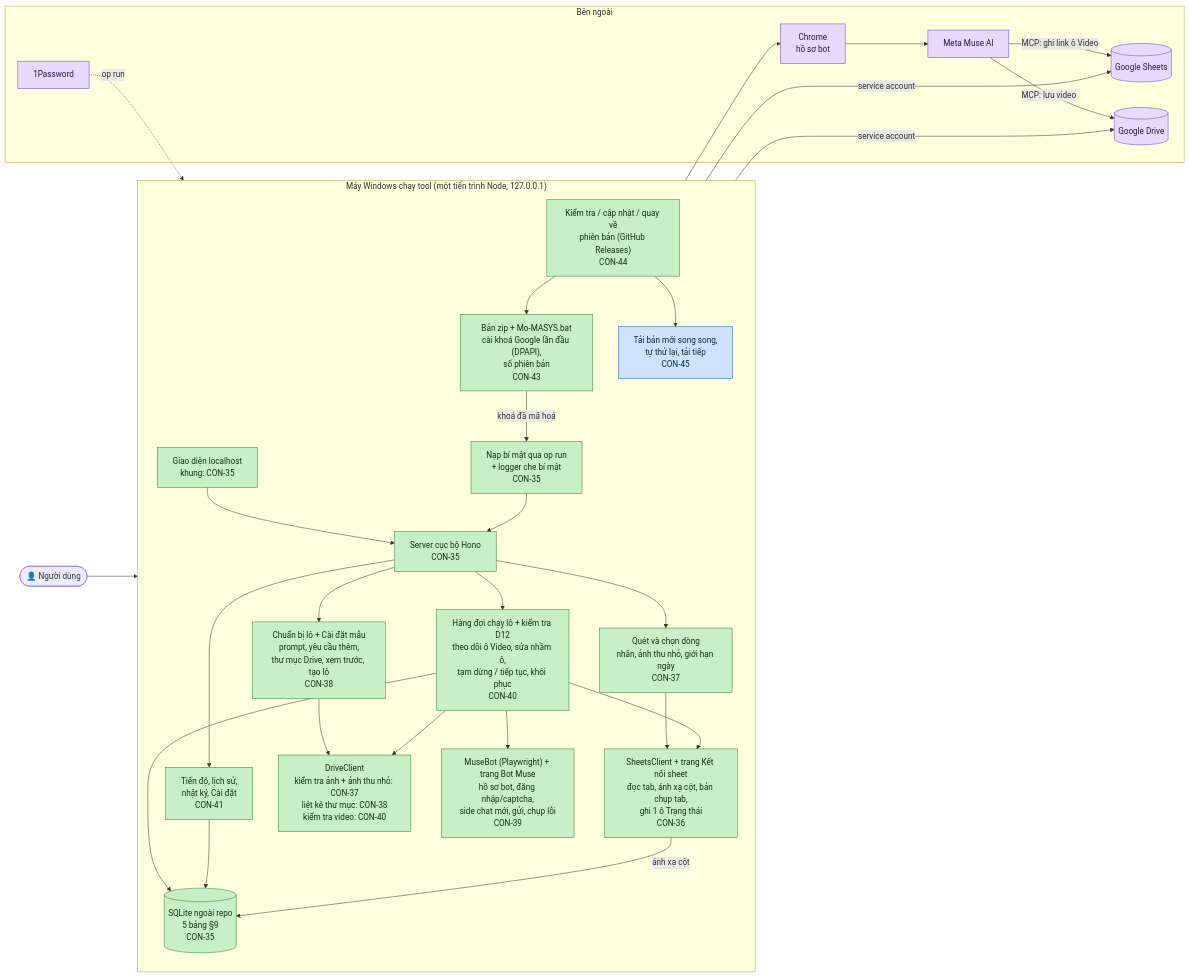
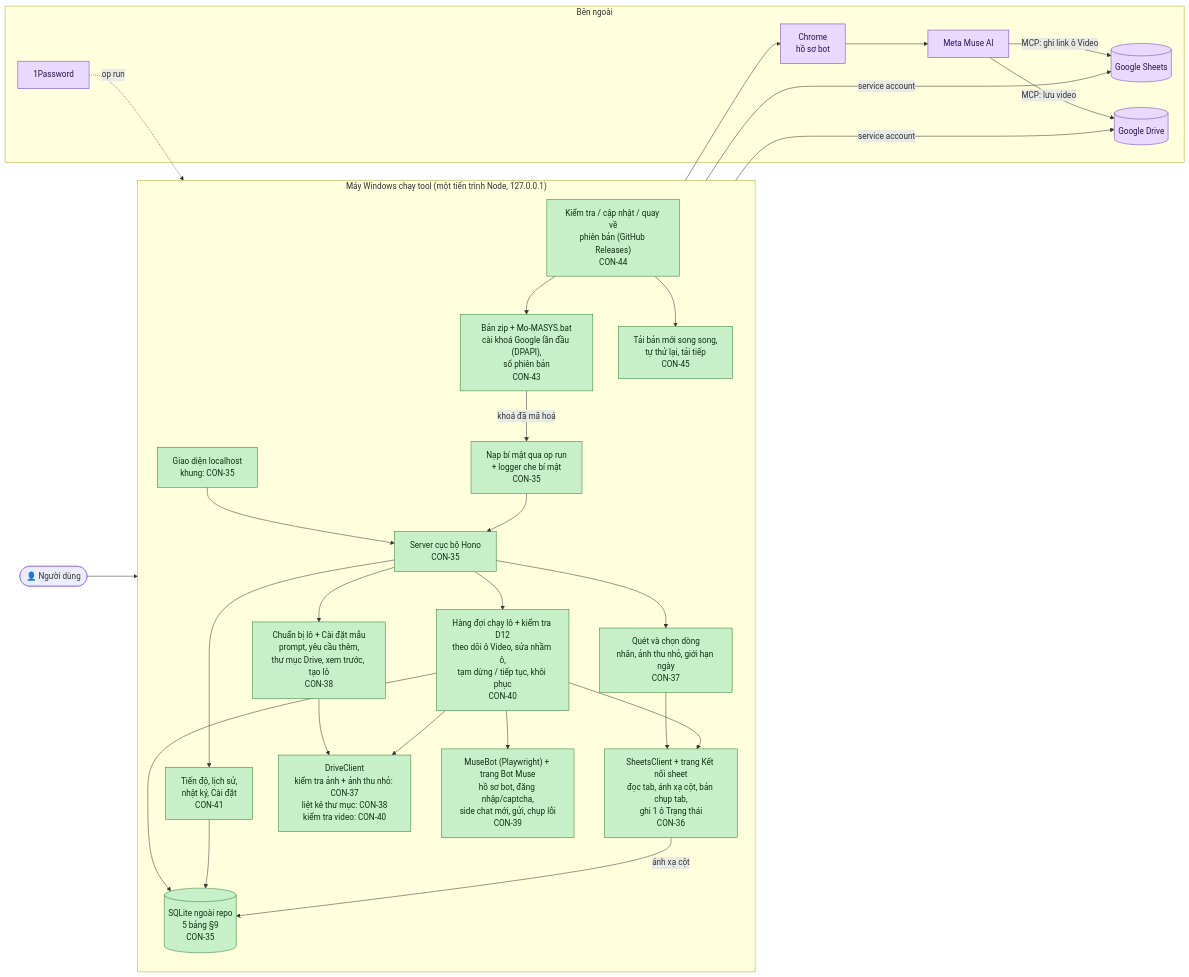
One commit to Bach1711/MASYS-VIDEO-GENERATOR changed the diagram in TIEN-DO.md. Above: the diagram before and after it, drawn with Mermaid. The commit also changed other lines of this file and 1 other file, not shown here.

````diff
--- a/TIEN-DO.md
+++ b/TIEN-DO.md
@@ -17,66 +17,66 @@
 ```mermaid
 flowchart LR
     user(["👤 Người dùng"])
 
     subgraph PC["Máy Windows chạy tool (một tiến trình Node, 127.0.0.1)"]
         direction TB
         ui["Giao diện localhost<br/>khung: CON-35"]
         server["Server cục bộ Hono<br/>CON-35"]
         secrets["Nạp bí mật qua op run<br/>+ logger che bí mật<br/>CON-35"]
         db[("SQLite ngoài repo<br/>5 bảng §9<br/>CON-35")]
 
         sheet["SheetsClient + trang Kết nối sheet<br/>đọc tab, ánh xạ cột, bản chụp tab,<br/>ghi 1 ô Trạng thái<br/>CON-36"]
         scan["Quét và chọn dòng<br/>nhãn, ảnh thu nhỏ, giới hạn ngày<br/>CON-37"]
         editor["Chuẩn bị lô + Cài đặt mẫu<br/>prompt, yêu cầu thêm,<br/>thư mục Drive, xem trước, tạo lô<br/>CON-38"]
         bot["MuseBot (Playwright) + trang Bot Muse<br/>hồ sơ bot, đăng nhập/captcha,<br/>side chat mới, gửi, chụp lỗi<br/>CON-39"]
         queue["Hàng đợi chạy lô + kiểm tra D12<br/>theo dõi ô Video, sửa nhầm ô,<br/>tạm dừng / tiếp tục, khôi phục<br/>CON-40"]
         drive["DriveClient<br/>kiểm tra ảnh + ảnh thu nhỏ: CON-37<br/>liệt kê thư mục: CON-38<br/>kiểm tra video: CON-40"]
         progress["Tiến độ, lịch sử,<br/>nhật ký, Cài đặt<br/>CON-41"]
         pack["Bản zip + Mo-MASYS.bat<br/>cài khoá Google lần đầu (DPAPI),<br/>số phiên bản<br/>CON-43"]
         update["Kiểm tra / cập nhật / quay về<br/>phiên bản (GitHub Releases)<br/>CON-44"]
         download["Tải bản mới song song,<br/>tự thử lại, tải tiếp<br/>CON-45"]
     end
 
     subgraph EXT["Bên ngoài"]
         gsheets[("Google Sheets")]
         gdrive[("Google Drive")]
         chrome["Chrome<br/>hồ sơ bot"]
         muse["Meta Muse AI"]
         op["1Password"]
     end
 
     user --> ui --> server
     server --> scan & editor & progress
     scan --> sheet
     editor --> drive
     server --> queue
     queue --> sheet & drive & bot
     queue --> db
     progress --> db
     sheet -- "ánh xạ cột" --> db
     sheet -- "service account" --> gsheets
     drive -- "service account" --> gdrive
     bot --> chrome --> muse
     muse -- "MCP: lưu video" --> gdrive
     muse -- "MCP: ghi link ô Video" --> gsheets
     op -. "op run" .-> secrets --> server
     pack -- "khoá đã mã hoá" --> secrets
     update --> pack
     update --> download
 
     classDef done fill:#c8f0c8,stroke:#2e7d32,color:#10300f
     classDef review fill:#cfe3ff,stroke:#1f5fbf,color:#0c2550
     classDef doing fill:#fff1b8,stroke:#b38600,color:#3d2e00
     classDef todo fill:#eeeeee,stroke:#9e9e9e,color:#333333
     classDef ext fill:#ead9ff,stroke:#6a3fb5,color:#2a1250
 
     class ui,server,secrets,db,sheet,scan,editor done
     class drive done
     class bot done
     class queue done
     class progress done
     class pack done
     class update done
-    class download review
+    class download done
     class gsheets,gdrive,chrome,muse,op ext
 ```
````
